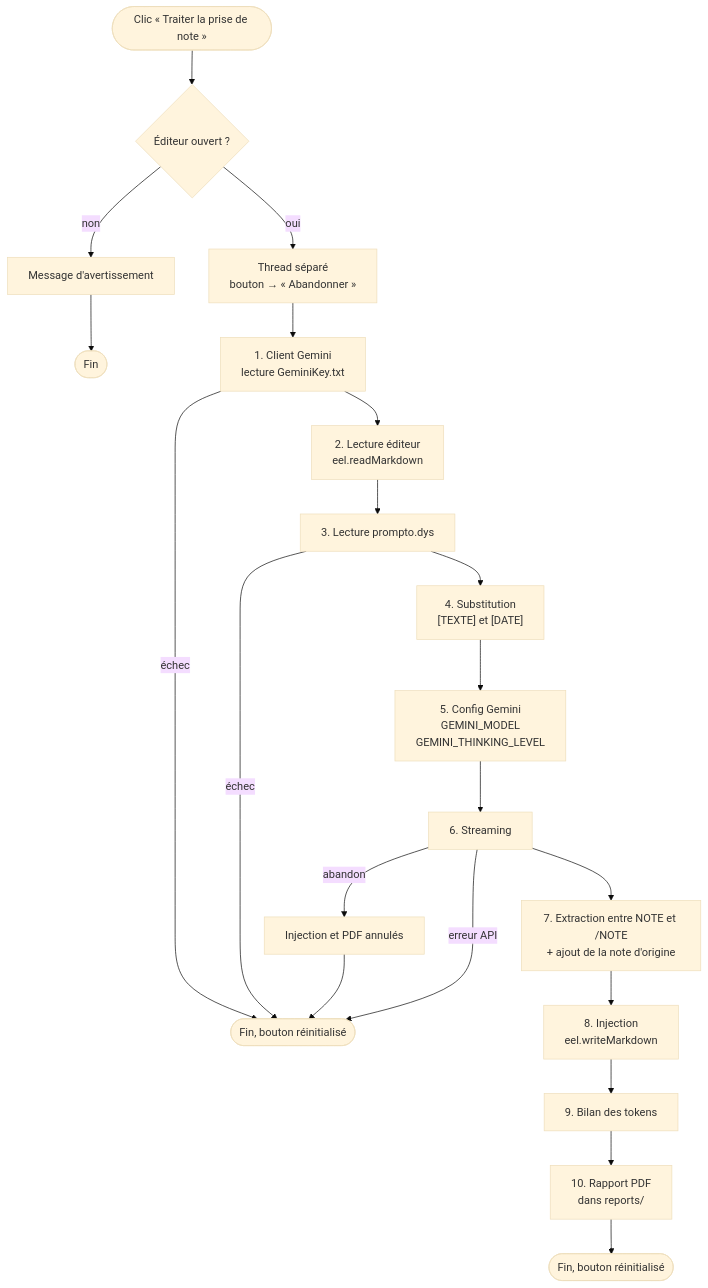
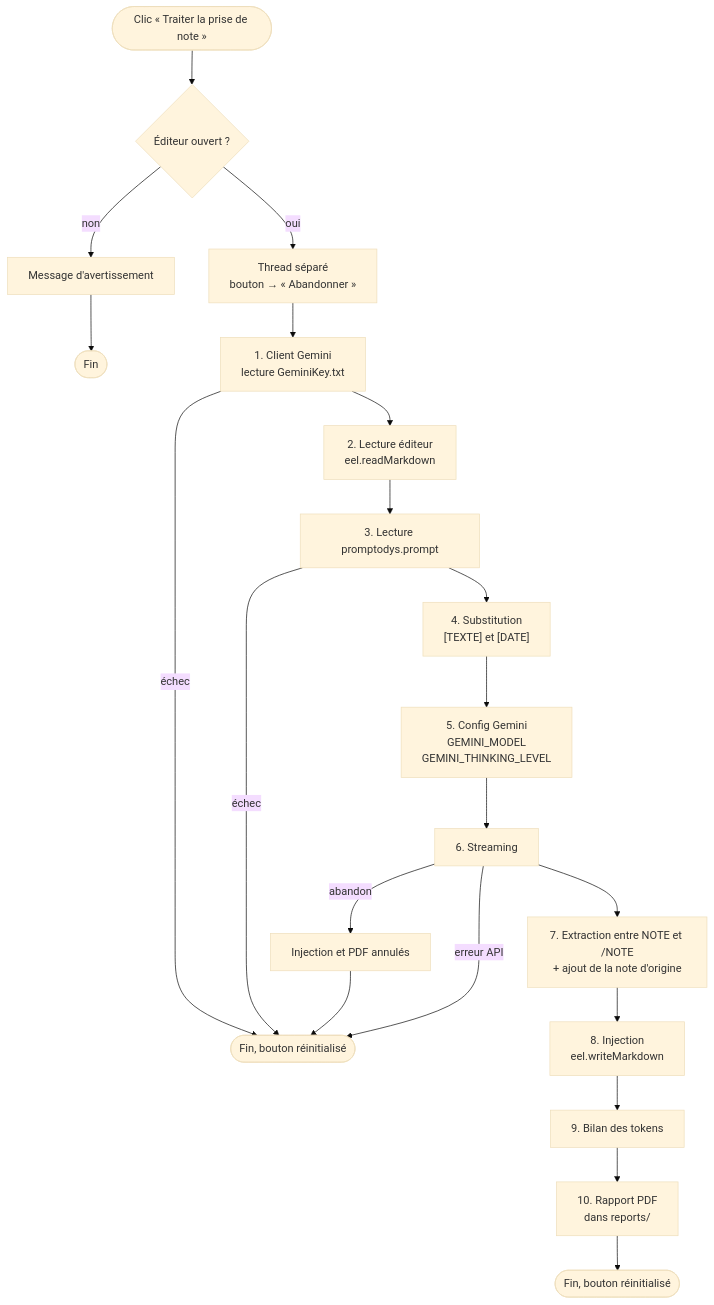
One commit to lecinquiemejour-code/PromptoDYS_app changed the first of 8 diagrams in doc/WORKFLOW_GEMINI.md. Above: the diagram before and after it, drawn with Mermaid (base theme). The commit also changed other lines of this file and 4 other files, not shown here.

````diff
--- a/doc/WORKFLOW_GEMINI.md
+++ b/doc/WORKFLOW_GEMINI.md
@@ -30,23 +30,23 @@
 ```mermaid
 flowchart TD
     START(["Clic « Traiter la prise de note »"]) --> CHK{"Éditeur ouvert ?"}
     CHK -- non --> WARN["Message d'avertissement"] --> FIN0(["Fin"])
     CHK -- oui --> THREAD["Thread séparé<br/>bouton → « Abandonner »"]
 
     THREAD --> E1["1. Client Gemini<br/>lecture GeminiKey.txt"]
     E1 -- échec --> ERR(["Fin, bouton réinitialisé"])
     E1 --> E2["2. Lecture éditeur<br/>eel.readMarkdown"]
-    E2 --> E3["3. Lecture prompto.dys"]
+    E2 --> E3["3. Lecture promptodys.prompt"]
     E3 -- échec --> ERR
     E3 --> E4["4. Substitution<br/>[TEXTE] et [DATE]"]
     E4 --> E5["5. Config Gemini<br/>GEMINI_MODEL<br/>GEMINI_THINKING_LEVEL"]
     E5 --> E6["6. Streaming"]
 
     E6 -- abandon --> ABORT["Injection et PDF annulés"] --> ERR
     E6 -- erreur API --> ERR
     E6 --> E7["7. Extraction entre NOTE et /NOTE<br/>+ ajout de la note d'origine"]
     E7 --> E8["8. Injection<br/>eel.writeMarkdown"]
     E8 --> E9["9. Bilan des tokens"]
     E9 --> E10["10. Rapport PDF<br/>dans reports/"]
     E10 --> FIN(["Fin, bouton réinitialisé"])
 ```
````
